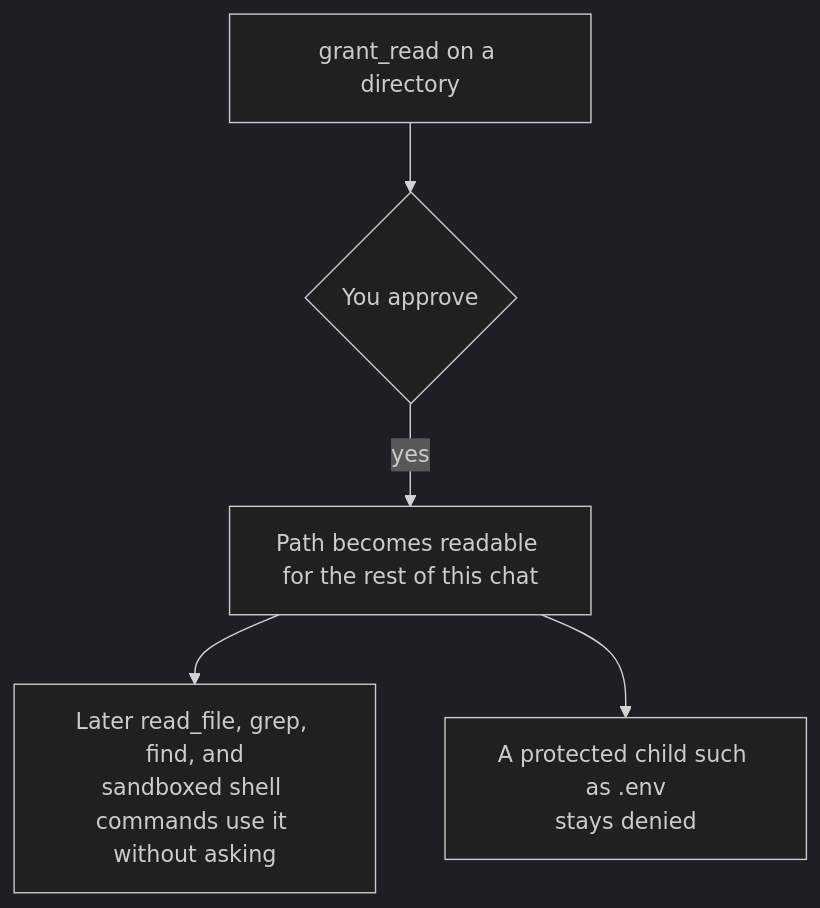
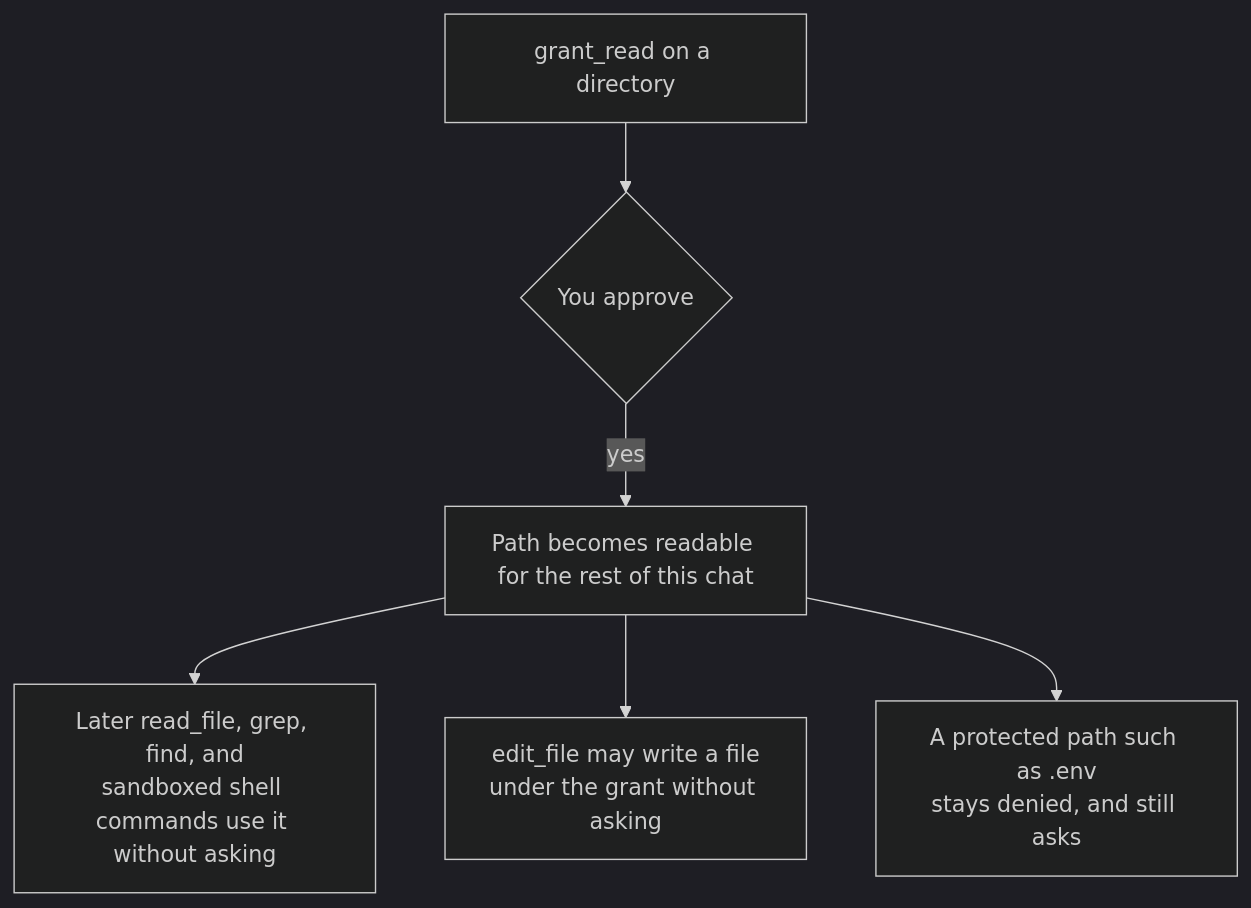
The second of 2 diagrams in docs/src/concepts/permissions-and-approval.md (cgund98/gopi), drawn with Mermaid (dark theme) before and after one commit. The commit also changed other lines of this file and 17 other files, not shown here.

````diff
--- a/docs/src/concepts/permissions-and-approval.md
+++ b/docs/src/concepts/permissions-and-approval.md
@@ -92,7 +94,8 @@
 ```mermaid
 flowchart TD
     Ask["grant_read on a directory"] --> Appr{"You approve"}
     Appr -->|yes| Open["Path becomes readable for the rest of this chat"]
     Open --> Later["Later read_file, grep, find, and<br/>sandboxed shell commands use it without asking"]
-    Open --> Protected["A protected child such as .env<br/>stays denied"]
+    Open --> Edit["edit_file may write a file<br/>under the grant without asking"]
+    Open --> Protected["A protected path such as .env<br/>stays denied, and still asks"]
 ```
````
